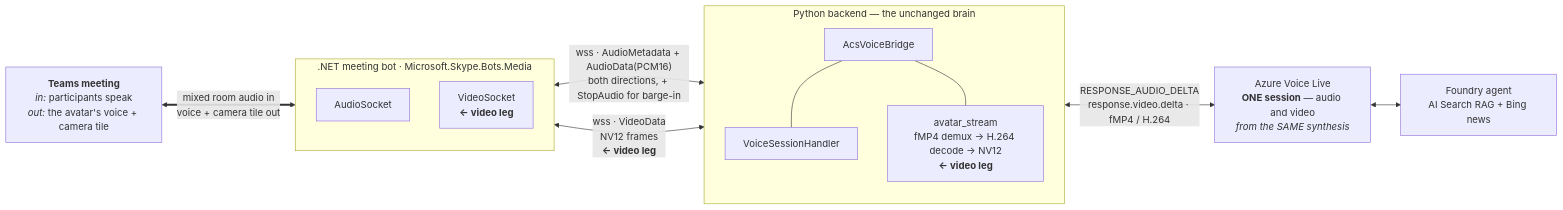
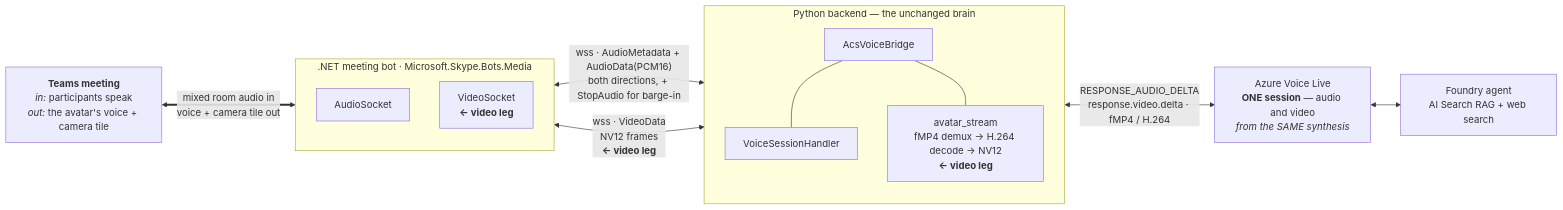
Before and after one commit to SridharArrabelly/avatar-forge: the diagram in docs/channels/d-design-avatar-video.md, drawn with Mermaid. The commit also changed 45 other files, not shown here.

First line of the commit message:
Web IQ as the agent's web tool, and the default for new environments (#148)

````diff
--- a/docs/channels/d-design-avatar-video.md
+++ b/docs/channels/d-design-avatar-video.md
@@ -56,28 +56,28 @@
 ```mermaid
 flowchart LR
     MT["<b>Teams meeting</b><br/><i>in:</i> participants speak<br/><i>out:</i> the avatar's voice + camera tile"]
 
     subgraph NET[".NET meeting bot · Microsoft.Skype.Bots.Media"]
         direction TB
         AS["AudioSocket"]
         VS["VideoSocket<br/><b>← video leg</b>"]
     end
 
     subgraph PY["Python backend — the unchanged brain"]
         direction TB
         BR["AcsVoiceBridge"]
         VH["VoiceSessionHandler"]
         DEC["avatar_stream<br/>fMP4 demux → H.264 decode → NV12<br/><b>← video leg</b>"]
         BR --- VH
         BR --- DEC
     end
 
     VL["Azure Voice Live<br/><b>ONE session</b> — audio and video<br/><i>from the SAME synthesis</i>"]
-    FA["Foundry agent<br/>AI Search RAG + Bing news"]
+    FA["Foundry agent<br/>AI Search RAG + web search"]
 
     MT <== "mixed room audio in<br/>voice + camera tile out" ==> NET
     AS <-- "wss · AudioMetadata + AudioData(PCM16)<br/>both directions, + StopAudio for barge-in" --> BR
     VS <-- "wss · VideoData<br/>NV12 frames<br/><b>← video leg</b>" --> DEC
     VH <-- "RESPONSE_AUDIO_DELTA<br/>response.video.delta · fMP4 / H.264" --> VL
     VL <--> FA
 ```
````
